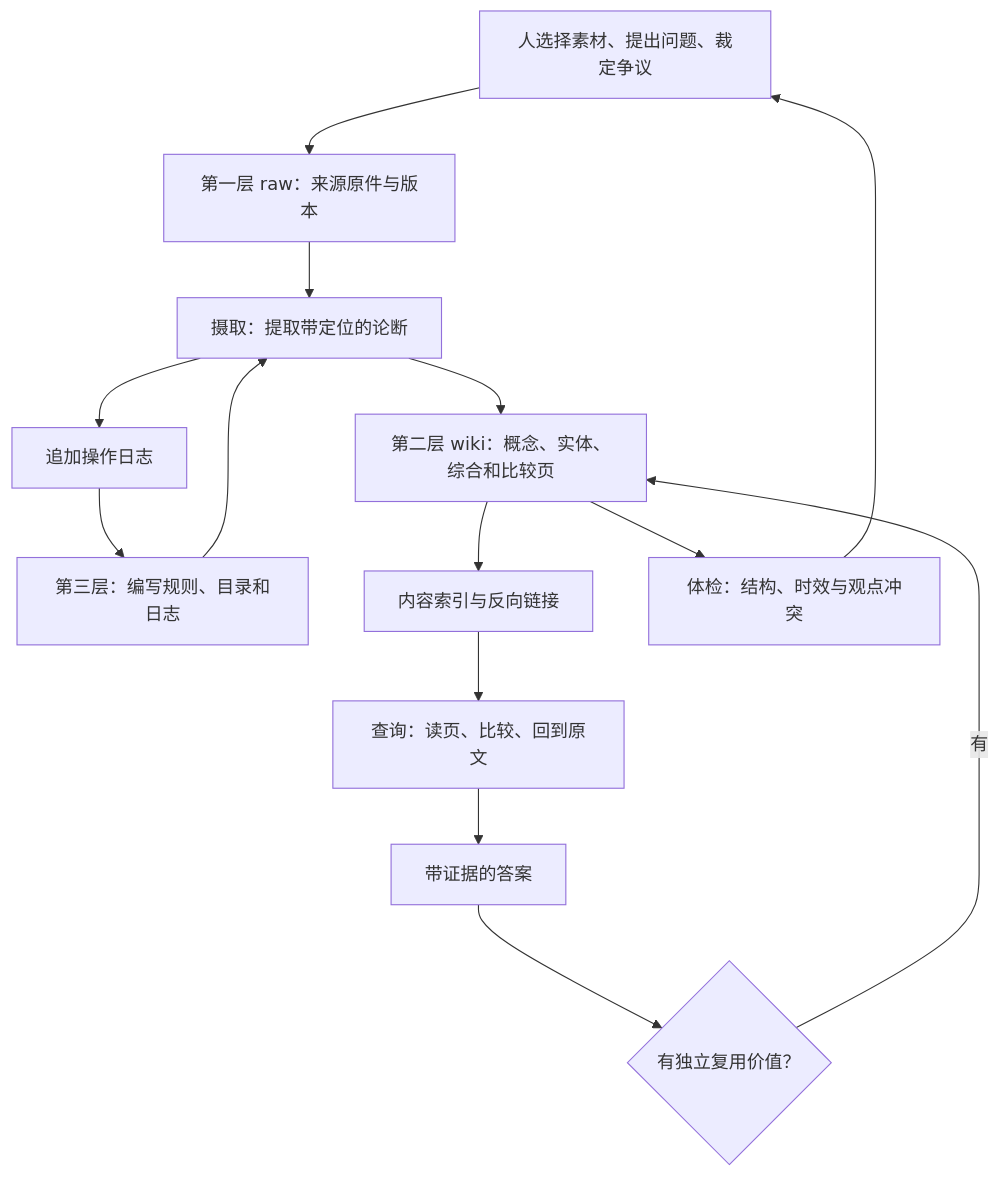
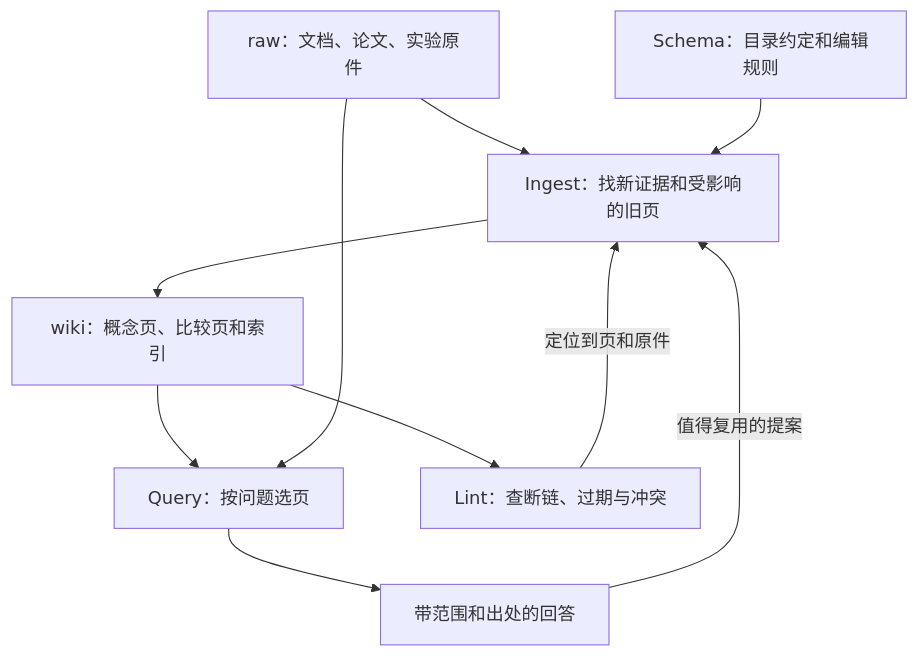
Before and after one commit to echonoshy/agent-engineering-handbook: the diagram in 05-memory-and-llm-wiki/02-llm-wiki-and-knowledge-compounding.md, drawn with Mermaid. The commit also changed other lines of this file and 21 other files, not shown here.

````diff
--- a/05-memory-and-llm-wiki/02-llm-wiki-and-knowledge-compounding.md
+++ b/05-memory-and-llm-wiki/02-llm-wiki-and-knowledge-compounding.md
@@ -9,16 +5,12 @@
 ```mermaid
 flowchart TD
-    H["人选择素材、提出问题、裁定争议"] --> RAW["第一层 raw：来源原件与版本"]
-    RAW --> ING["摄取：提取带定位的论断"]
-    ING --> W["第二层 wiki：概念、实体、综合和比较页"]
-    RULES["第三层：编写规则、目录和日志"] --> ING
-    W --> IDX["内容索引与反向链接"]
-    IDX --> Q["查询：读页、比较、回到原文"]
-    Q --> ANS["带证据的答案"]
-    ANS --> RET{"有独立复用价值？"}
-    RET -->|有| W
-    W --> L["体检：结构、时效与观点冲突"]
-    L --> H
-    ING --> LOG["追加操作日志"]
-    LOG --> RULES
+    R["raw：文档、论文、实验原件"] --> I["Ingest：找新证据和受影响的旧页"]
+    S["Schema：目录约定和编辑规则"] --> I
+    I --> W["wiki：概念页、比较页和索引"]
+    W --> Q["Query：按问题选页"]
+    R --> Q
+    Q --> A["带范围和出处的回答"]
+    A -->|值得复用的提案| I
+    W --> L["Lint：查断链、过期与冲突"]
+    L -->|定位到页和原件| I
 ```
````
